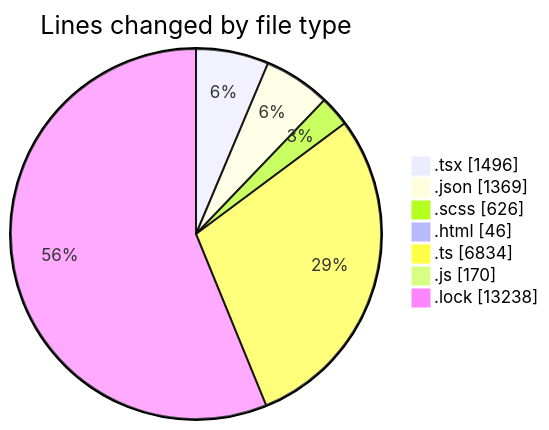
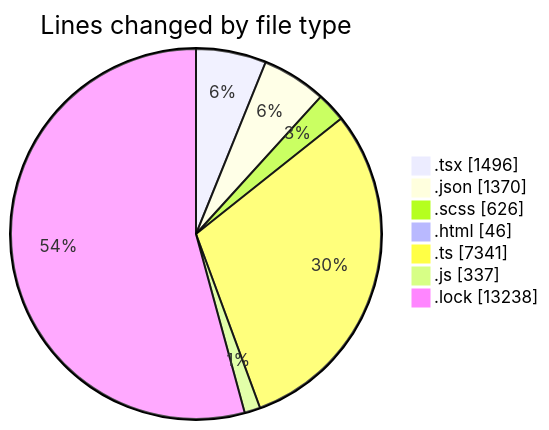
One commit to momahboobian/code-tracking changed the first of 2 diagrams in 2026-04-14/cda/README.md. Above: the diagram before and after it, drawn with Mermaid. The commit also changed other lines of this file and 1 other file, not shown here.

````diff
--- a/2026-04-14/cda/README.md
+++ b/2026-04-14/cda/README.md
@@ -49,11 +49,11 @@
 ```mermaid
 pie showData
 title Lines changed by file type
 ".tsx" : 1496
-".json" : 1369
+".json" : 1370
 ".scss" : 626
 ".html" : 46
-".ts" : 6834
-".js" : 170
+".ts" : 7341
+".js" : 337
 ".lock" : 13238
 ```
````
